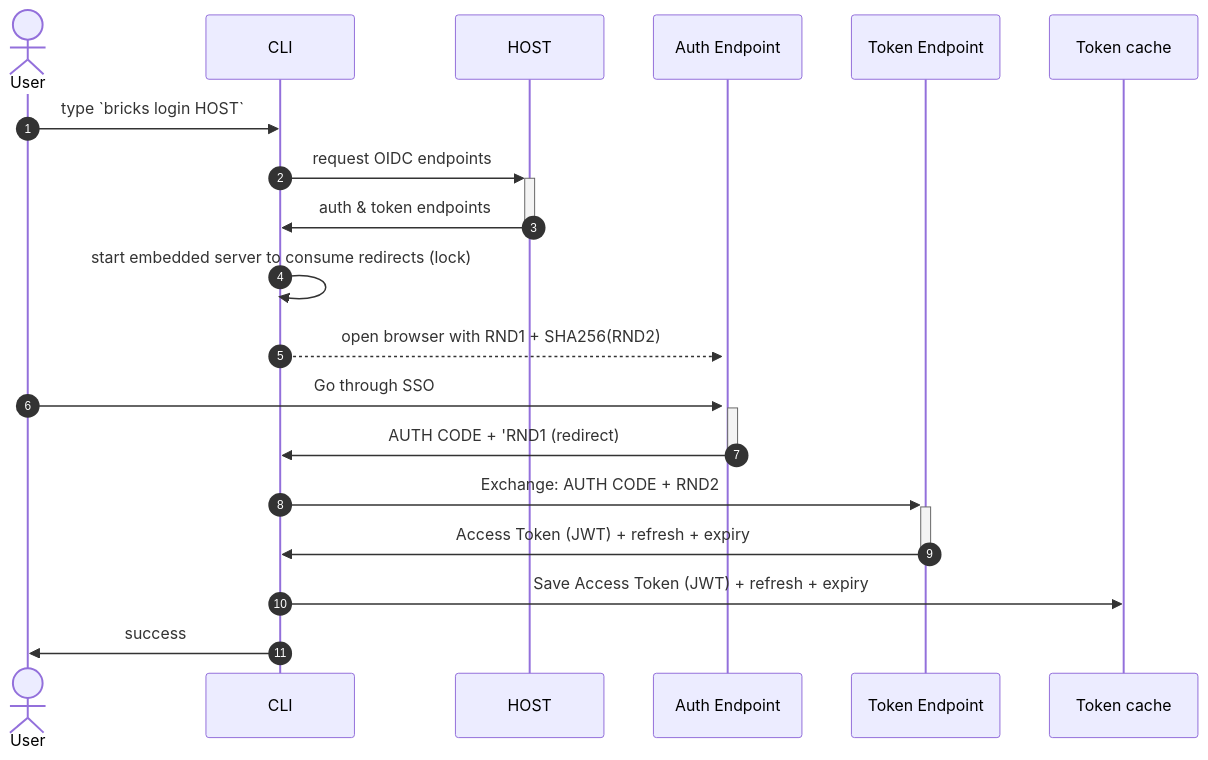
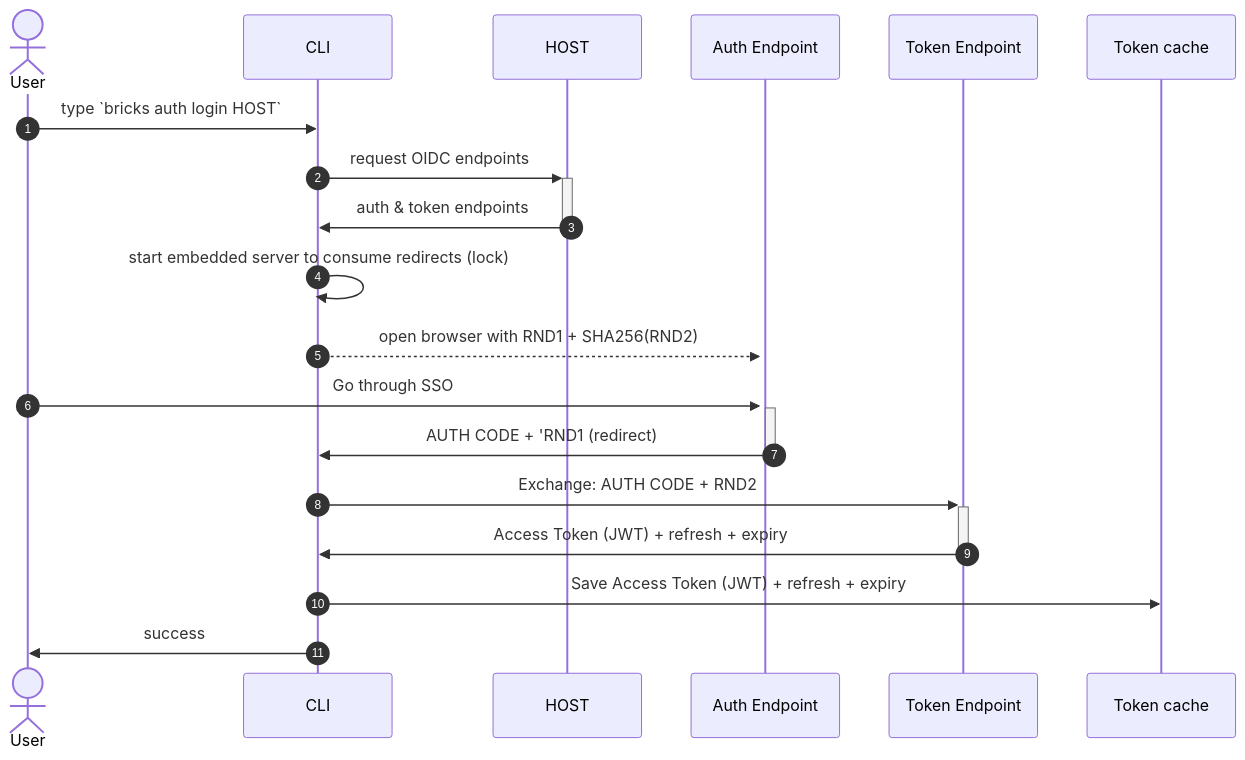
One commit to databricks/cli changed the first of 2 diagrams in cmd/auth/README.md. Above: the diagram before and after it, drawn with Mermaid. The commit also changed 2 other files, not shown here.

Commit message:
Fix tests to run not only on macOS

````diff
--- a/cmd/auth/README.md
+++ b/cmd/auth/README.md
@@ -5,19 +5,19 @@
 ```mermaid
 sequenceDiagram
     autonumber
     actor User
     
-    User ->> CLI: type `bricks login HOST`
+    User ->> CLI: type `bricks auth login HOST`
     CLI ->>+ HOST: request OIDC endpoints
     HOST ->>- CLI: auth & token endpoints
     CLI ->> CLI: start embedded server to consume redirects (lock)
     CLI -->>+ Auth Endpoint: open browser with RND1 + SHA256(RND2)
 
     User ->>+ Auth Endpoint: Go through SSO
     Auth Endpoint ->>- CLI: AUTH CODE + 'RND1 (redirect)
 
     CLI ->>+ Token Endpoint: Exchange: AUTH CODE + RND2
     Token Endpoint ->>- CLI: Access Token (JWT) + refresh + expiry
     CLI ->> Token cache: Save Access Token (JWT) + refresh + expiry
     CLI ->> User: success
 ```
````
